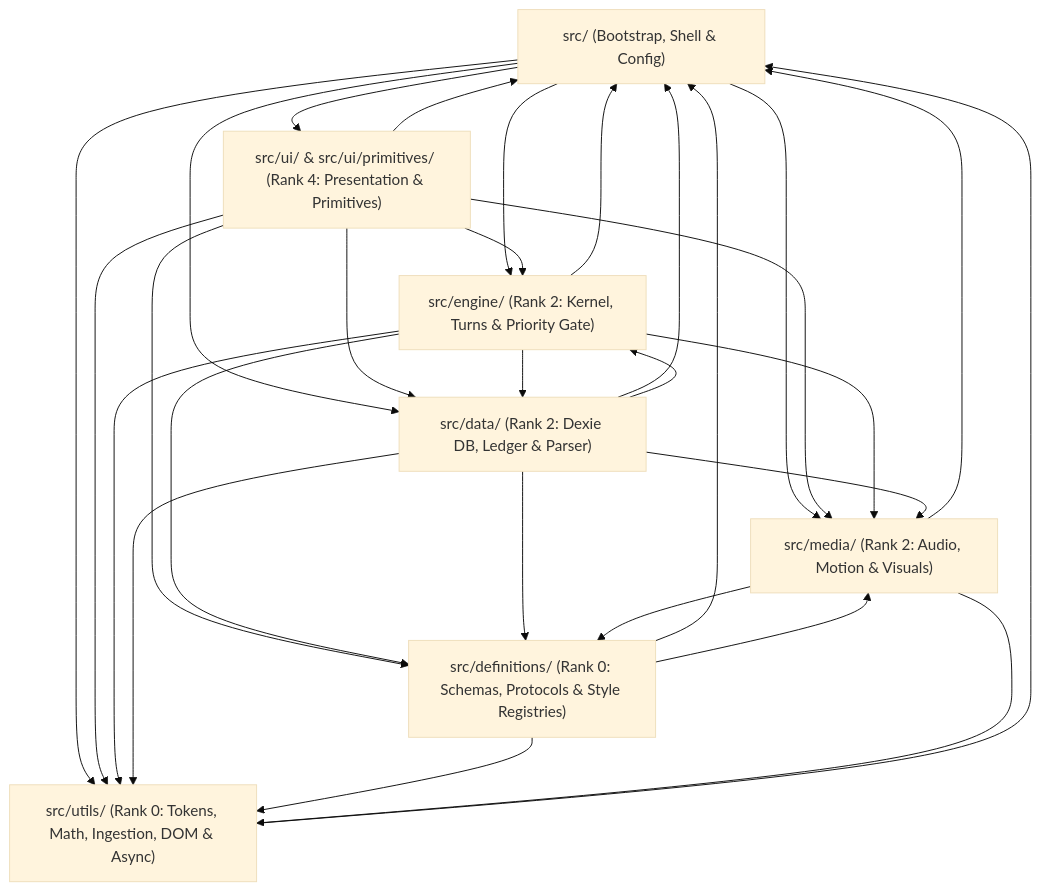
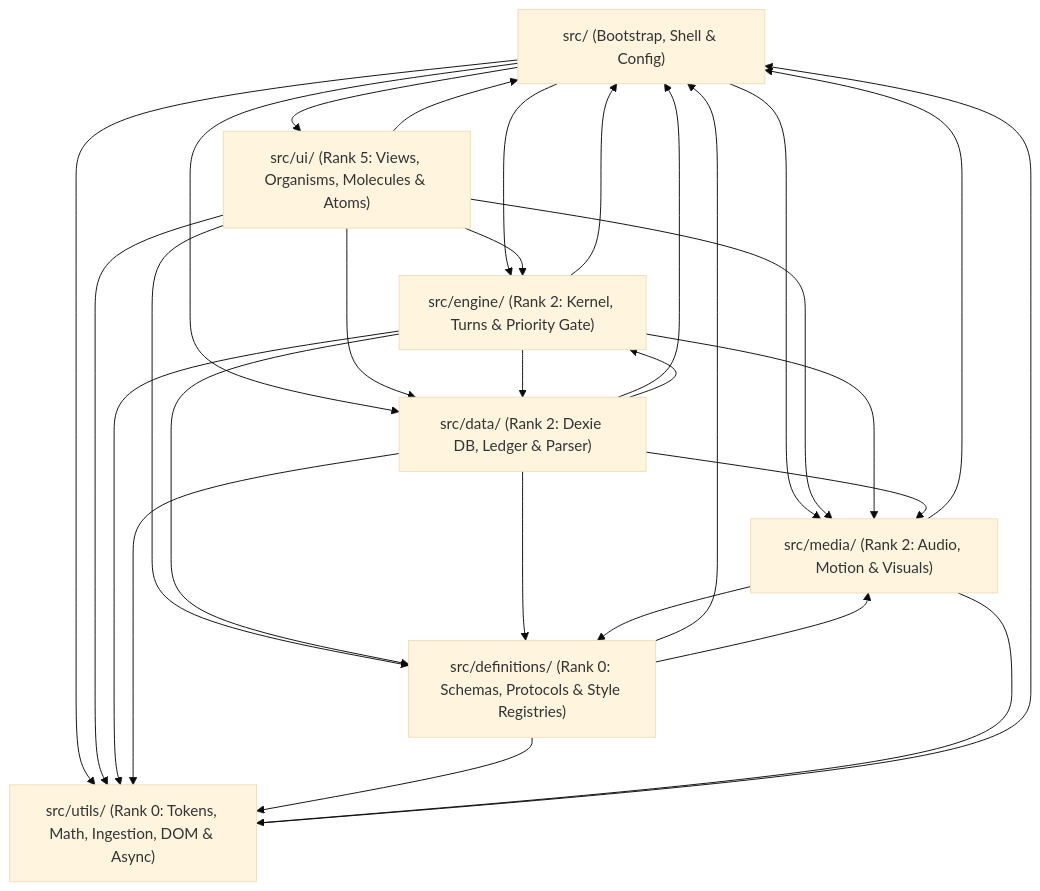
The diagram in README.md (JooduG/RPGlitch), drawn with Mermaid (base theme) before and after one commit. The commit also changed other lines of this file and 4 other files, not shown here.

Commit message:
docs: slice 18 - update system constitution and architectural specifications

````diff
--- a/README.md
+++ b/README.md
@@ -17,39 +17,39 @@
 ```mermaid
 flowchart TD
     Root["src/ (Bootstrap, Shell & Config)"]
-    UI["src/ui/ & src/ui/primitives/ (Rank 4: Presentation & Primitives)"]
+    UI["src/ui/ (Rank 5: Views, Organisms, Molecules & Atoms)"]
     Engine["src/engine/ (Rank 2: Kernel, Turns & Priority Gate)"]
     Data["src/data/ (Rank 2: Dexie DB, Ledger & Parser)"]
     Media["src/media/ (Rank 2: Audio, Motion & Visuals)"]
     Utils["src/utils/ (Rank 0: Tokens, Math, Ingestion, DOM & Async)"]
     Defs["src/definitions/ (Rank 0: Schemas, Protocols & Style Registries)"]
 
     Root --> UI
     Root --> Engine
     Root --> Data
     Root --> Media
     Root --> Utils
     UI --> Root
     UI --> Engine
     UI --> Data
     UI --> Media
     UI --> Utils
     UI --> Defs
     Engine --> Root
     Engine --> Data
     Engine --> Media
     Engine --> Utils
     Engine --> Defs
     Data --> Root
     Data --> Engine
     Data --> Media
     Data --> Utils
     Data --> Defs
     Defs --> Root
     Defs --> Media
     Defs --> Utils
     Media --> Root
     Media --> Defs
     Media --> Utils
     Utils --> Root
 ```
````
